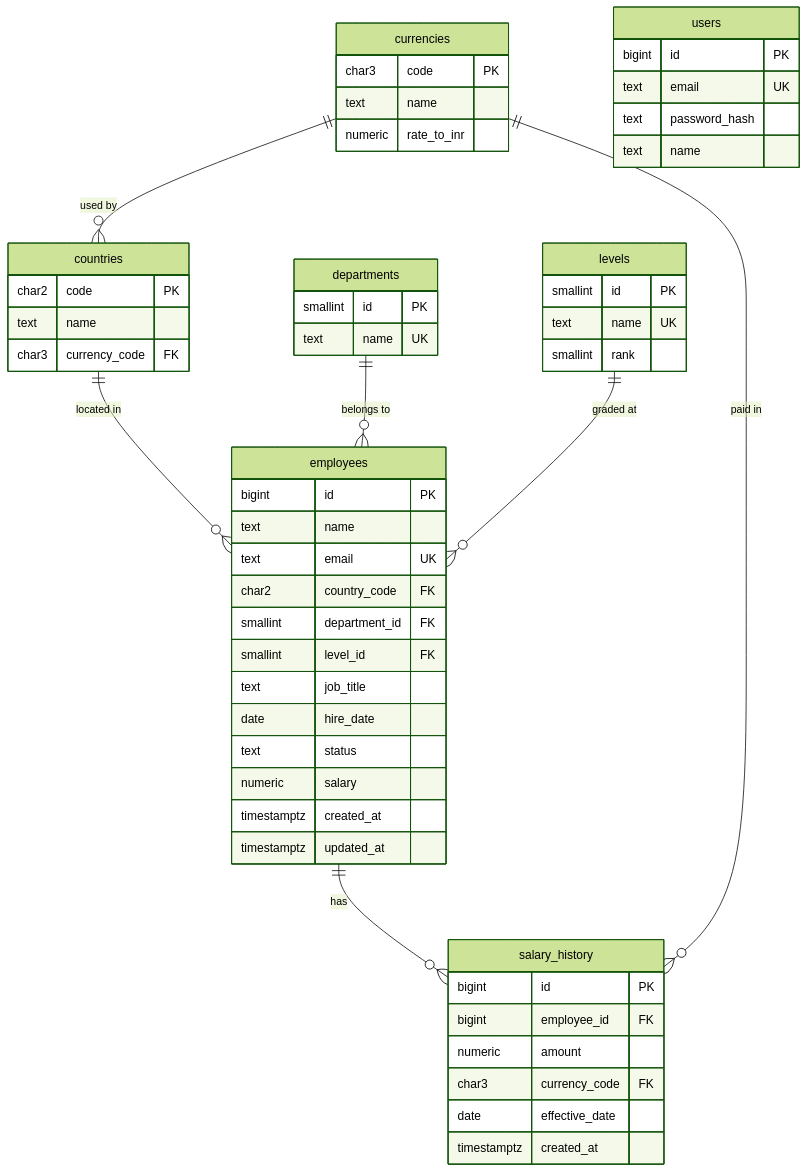
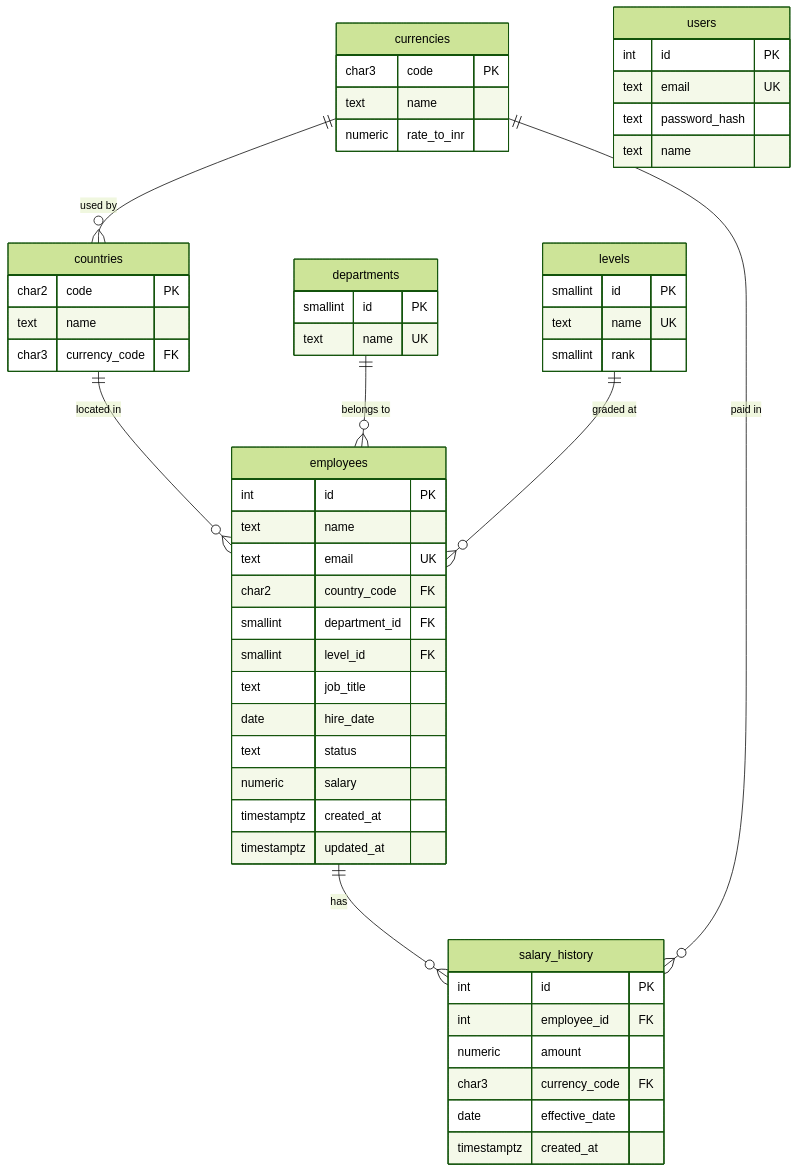
Before and after one commit to chaudharyShub/incubyte-assessment-project: the second of 2 diagrams in docs/ARCHITECTURE.md, drawn with Mermaid (forest theme). The commit also changed other lines of this file and 14 other files, not shown here.

First line of the commit message:
Add database schema migrations, connection pool and env config

````diff
--- a/docs/ARCHITECTURE.md
+++ b/docs/ARCHITECTURE.md
@@ -66,57 +66,57 @@
 ```mermaid
 erDiagram
     currencies ||--o{ countries : "used by"
     countries ||--o{ employees : "located in"
     departments ||--o{ employees : "belongs to"
     levels ||--o{ employees : "graded at"
     employees ||--o{ salary_history : "has"
     currencies ||--o{ salary_history : "paid in"
 
     users {
-        bigint id PK
+        int id PK
         text email UK
         text password_hash
         text name
     }
     currencies {
         char3 code PK
         text name
         numeric rate_to_inr
     }
     countries {
         char2 code PK
         text name
         char3 currency_code FK
     }
     departments {
         smallint id PK
         text name UK
     }
     levels {
         smallint id PK
         text name UK
         smallint rank
     }
     employees {
-        bigint id PK
+        int id PK
         text name
         text email UK
         char2 country_code FK
         smallint department_id FK
         smallint level_id FK
         text job_title
         date hire_date
         text status
         numeric salary
         timestamptz created_at
         timestamptz updated_at
     }
     salary_history {
-        bigint id PK
-        bigint employee_id FK
+        int id PK
+        int employee_id FK
         numeric amount
         char3 currency_code FK
         date effective_date
         timestamptz created_at
     }
 ```
````
